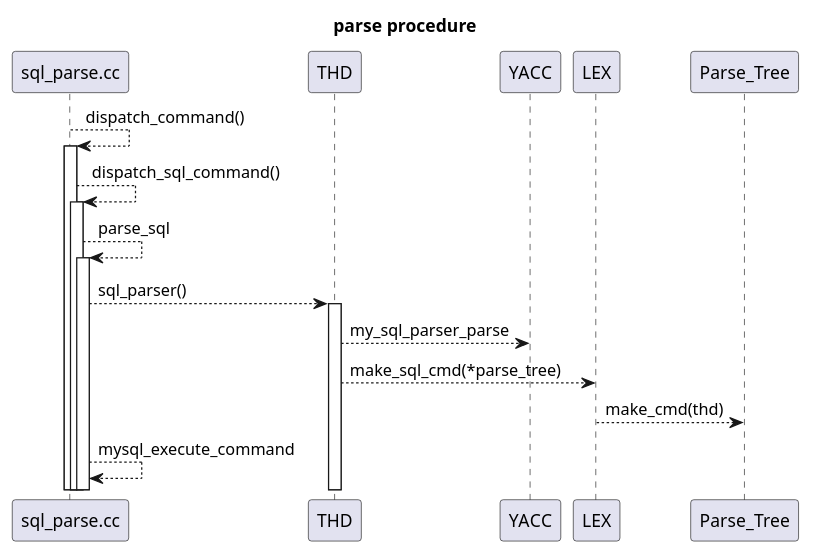
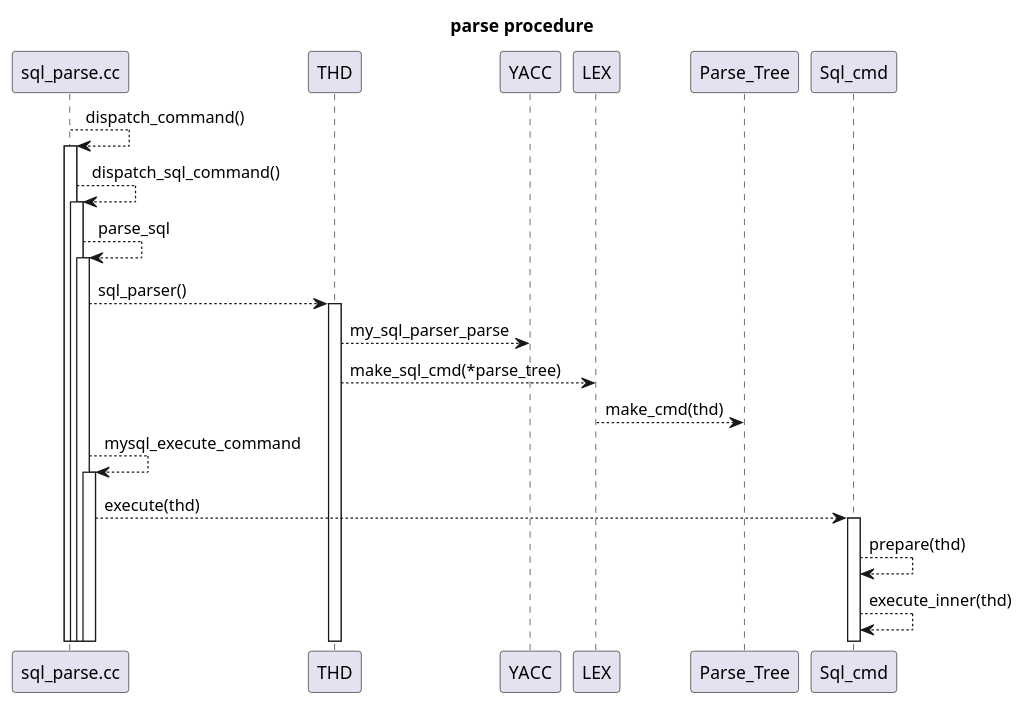
Before and after one commit to kevinwang930/kevinwang930.github.io: the third of 6 diagrams in content/post/db/mysql/query/index.md, drawn with PlantUML. The commit also changed other lines of this file and 2 other files, not shown here.

````diff
--- a/content/post/db/mysql/query/index.md
+++ b/content/post/db/mysql/query/index.md
@@ -180,18 +180,23 @@
 ```plantuml
 title parse procedure
 
 participant "sql_parse.cc" as SP
 
 SP --> SP : dispatch_command()
 activate SP
 SP --> SP :dispatch_sql_command()
 activate SP
 SP --> SP: parse_sql
 activate SP
 SP --> THD : sql_parser()
 activate THD
 THD--> YACC :my_sql_parser_parse
 THD --> LEX : make_sql_cmd(*parse_tree)
 LEX --> Parse_Tree: make_cmd(thd) 
 SP --> SP: mysql_execute_command
+activate SP
+SP --> Sql_cmd: execute(thd)
+activate Sql_cmd
+Sql_cmd --> Sql_cmd: prepare(thd)
+Sql_cmd --> Sql_cmd: execute_inner(thd)
 ```
````
